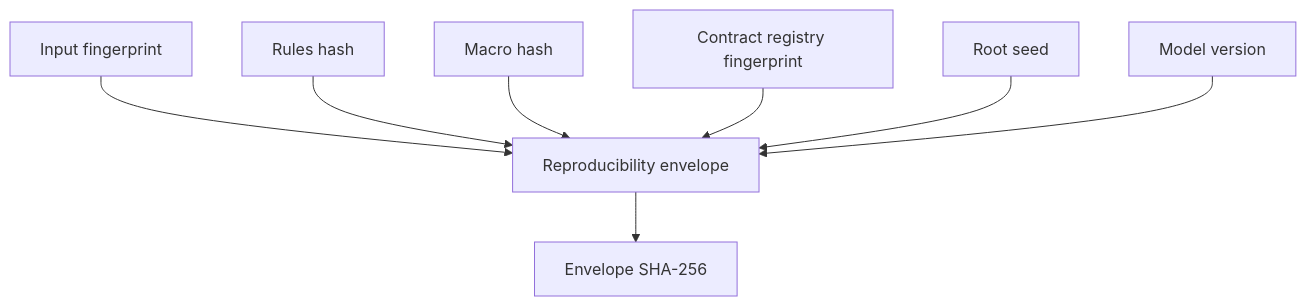
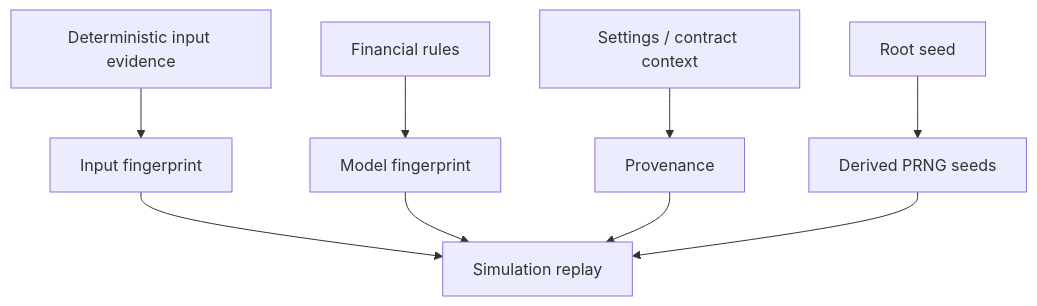
One commit to tks18/personal-finance-etl changed the fifth of 5 diagrams in docs/architecture/deterministic-identity-and-replay.md. Above: the diagram before and after it, drawn with Mermaid. The commit also changed other lines of this file and 10 other files, not shown here.

Commit message:
docs: update docs/architecture for latest version

````diff
--- a/docs/architecture/deterministic-identity-and-replay.md
+++ b/docs/architecture/deterministic-identity-and-replay.md
@@ -335,10 +429,11 @@
 ```mermaid
 flowchart TD
-    I[Input fingerprint] --> E[Reproducibility envelope]
-    R[Rules hash] --> E
-    M[Macro hash] --> E
-    C[Contract registry fingerprint] --> E
-    S[Root seed] --> E
-    V[Model version] --> E
-    E --> H[Envelope SHA-256]
+    E[Deterministic input evidence] --> F[Input fingerprint]
+    R[Financial rules] --> M[Model fingerprint]
+    C[Settings / contract context] --> P[Provenance]
+    S[Root seed] --> RNG[Derived PRNG seeds]
+    F --> SIM[Simulation replay]
+    M --> SIM
+    P --> SIM
+    RNG --> SIM
 ```
````
